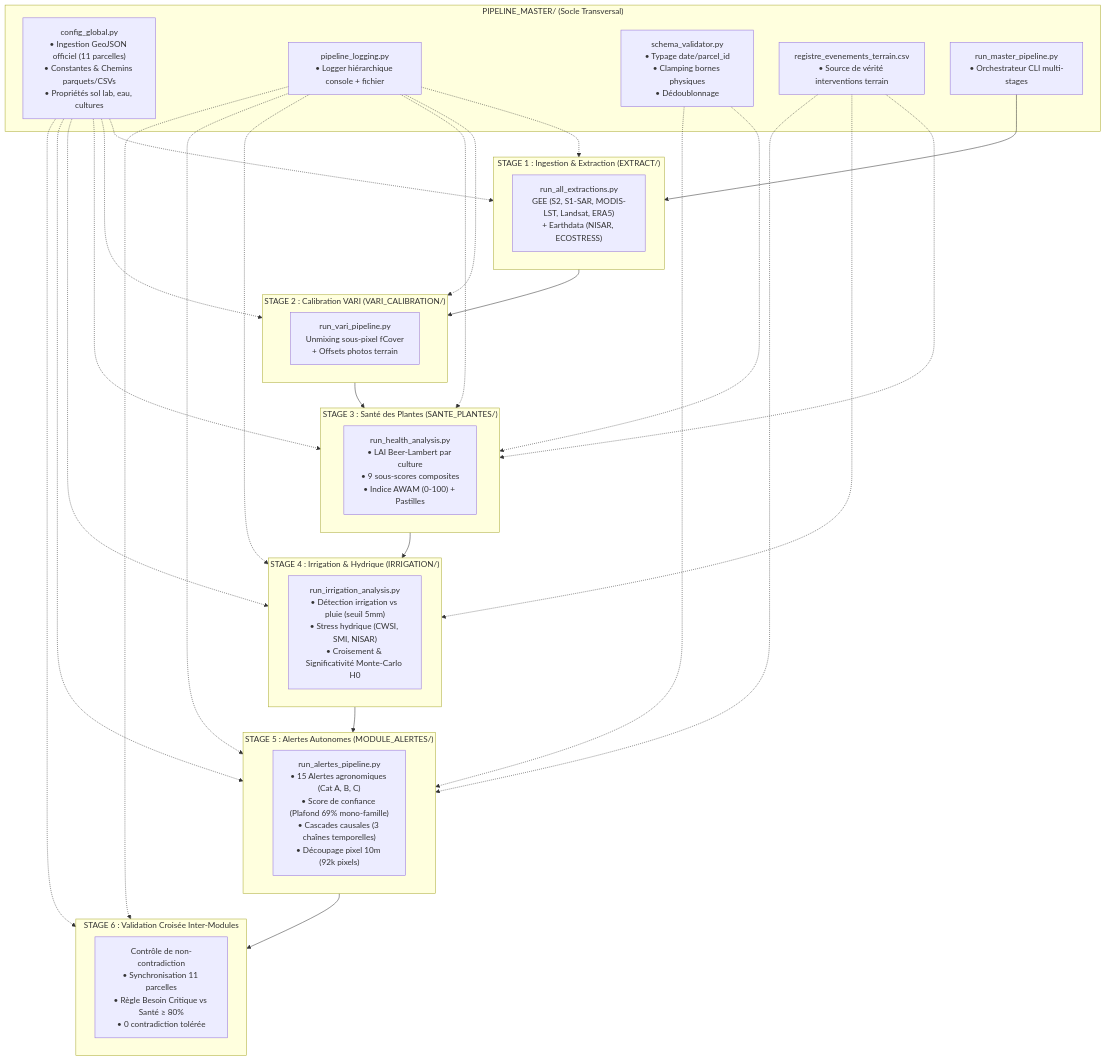
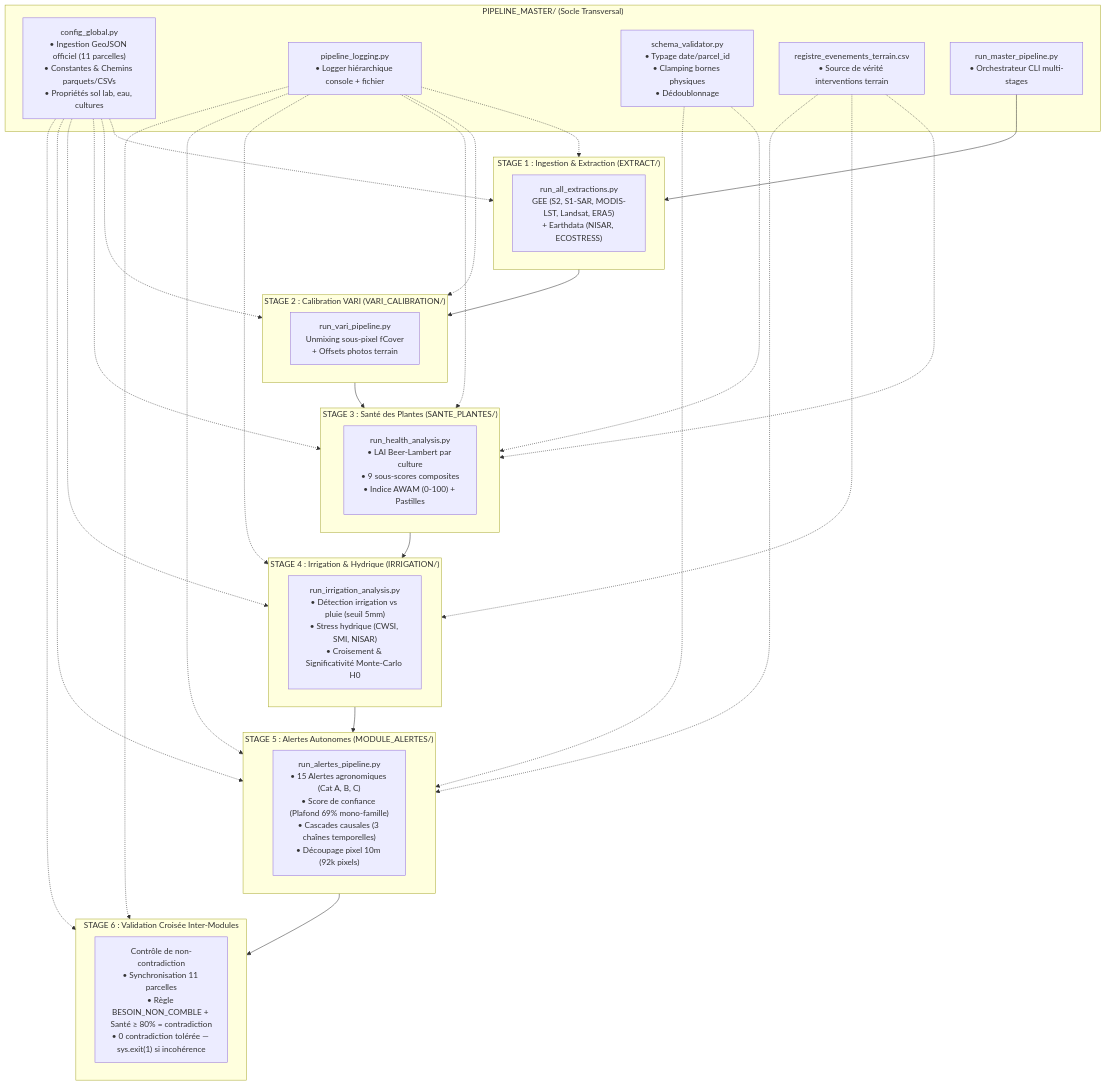
One commit to projetawam/awam_geoengine changed the diagram in PIPELINE_MASTER/documentation_pipeline_master.md. Above: the diagram before and after it, drawn with Mermaid. The commit also changed other lines of this file and 9 other files, not shown here.

````diff
--- a/PIPELINE_MASTER/documentation_pipeline_master.md
+++ b/PIPELINE_MASTER/documentation_pipeline_master.md
@@ -45,40 +45,40 @@
 ```mermaid
 flowchart TD
     subgraph MASTER ["PIPELINE_MASTER/ (Socle Transversal)"]
         CFG["config_global.py<br/>• Ingestion GeoJSON officiel (11 parcelles)<br/>• Constantes & Chemins parquets/CSVs<br/>• Propriétés sol lab, eau, cultures"]
         LOG["pipeline_logging.py<br/>• Logger hiérarchique console + fichier"]
         SCHEMA["schema_validator.py<br/>• Typage date/parcel_id<br/>• Clamping bornes physiques<br/>• Dédoublonnage"]
         REG["registre_evenements_terrain.csv<br/>• Source de vérité interventions terrain"]
         RUN["run_master_pipeline.py<br/>• Orchestrateur CLI multi-stages"]
     end
 
     subgraph S1 ["STAGE 1 : Ingestion & Extraction (EXTRACT/)"]
         EXT["run_all_extractions.py<br/>GEE (S2, S1-SAR, MODIS-LST, Landsat, ERA5)<br/>+ Earthdata (NISAR, ECOSTRESS)"]
     end
 
     subgraph S2 ["STAGE 2 : Calibration VARI (VARI_CALIBRATION/)"]
         VARI["run_vari_pipeline.py<br/>Unmixing sous-pixel fCover<br/>+ Offsets photos terrain"]
     end
 
     subgraph S3 ["STAGE 3 : Santé des Plantes (SANTE_PLANTES/)"]
         SANTE["run_health_analysis.py<br/>• LAI Beer-Lambert par culture<br/>• 9 sous-scores composites<br/>• Indice AWAM (0-100) + Pastilles"]
     end
 
     subgraph S4 ["STAGE 4 : Irrigation & Hydrique (IRRIGATION/)"]
         IRR["run_irrigation_analysis.py<br/>• Détection irrigation vs pluie (seuil 5mm)<br/>• Stress hydrique (CWSI, SMI, NISAR)<br/>• Croisement & Significativité Monte-Carlo H0"]
     end
 
     subgraph S5 ["STAGE 5 : Alertes Autonomes (MODULE_ALERTES/)"]
         ALR["run_alertes_pipeline.py<br/>• 15 Alertes agronomiques (Cat A, B, C)<br/>• Score de confiance (Plafond 69% mono-famille)<br/>• Cascades causales (3 chaînes temporelles)<br/>• Découpage pixel 10m (92k pixels)"]
     end
 
     subgraph S6 ["STAGE 6 : Validation Croisée Inter-Modules"]
-        VAL["Contrôle de non-contradiction<br/>• Synchronisation 11 parcelles<br/>• Règle Besoin Critique vs Santé ≥ 80%<br/>• 0 contradiction tolérée"]
+        VAL["Contrôle de non-contradiction<br/>• Synchronisation 11 parcelles<br/>• Règle BESOIN_NON_COMBLE + Santé ≥ 80% = contradiction<br/>• 0 contradiction tolérée — sys.exit(1) si incohérence"]
     end
 
     RUN --> S1 --> S2 --> S3 --> S4 --> S5 --> S6
     CFG -.-> S1 & S2 & S3 & S4 & S5 & S6
     LOG -.-> S1 & S2 & S3 & S4 & S5 & S6
     SCHEMA -.-> S3 & S5
     REG -.-> S3 & S4 & S5
 ```
````
